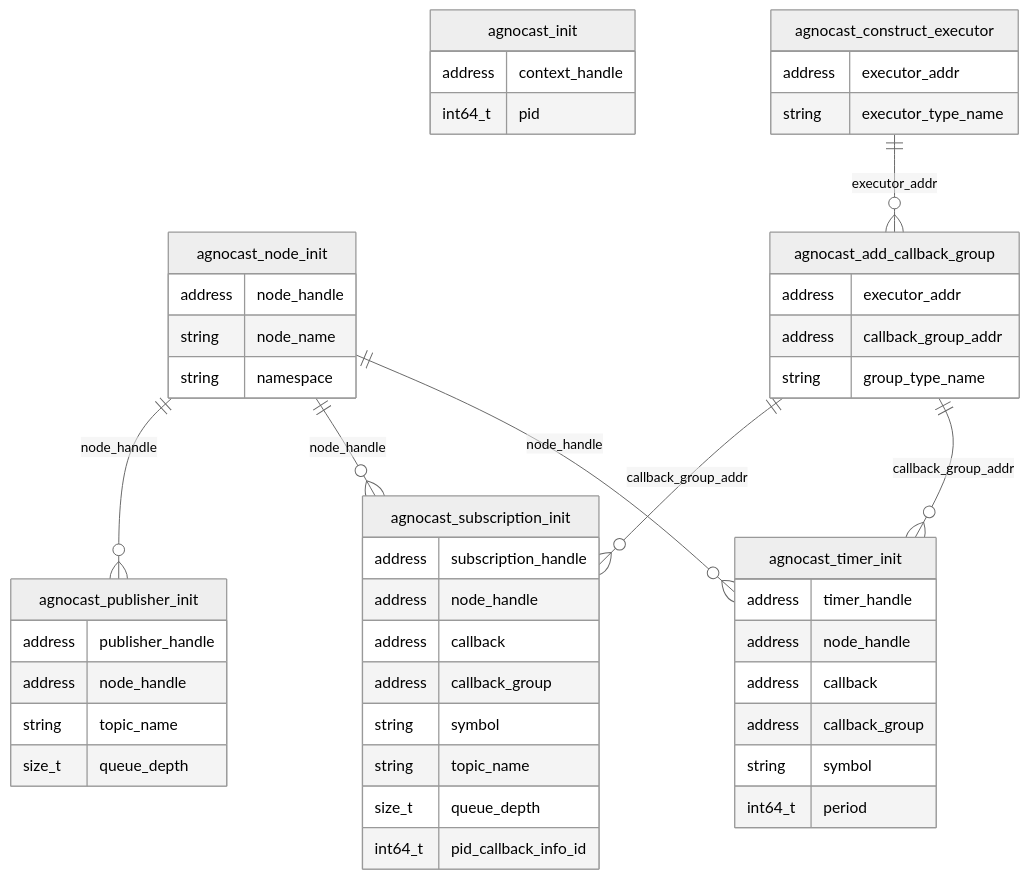
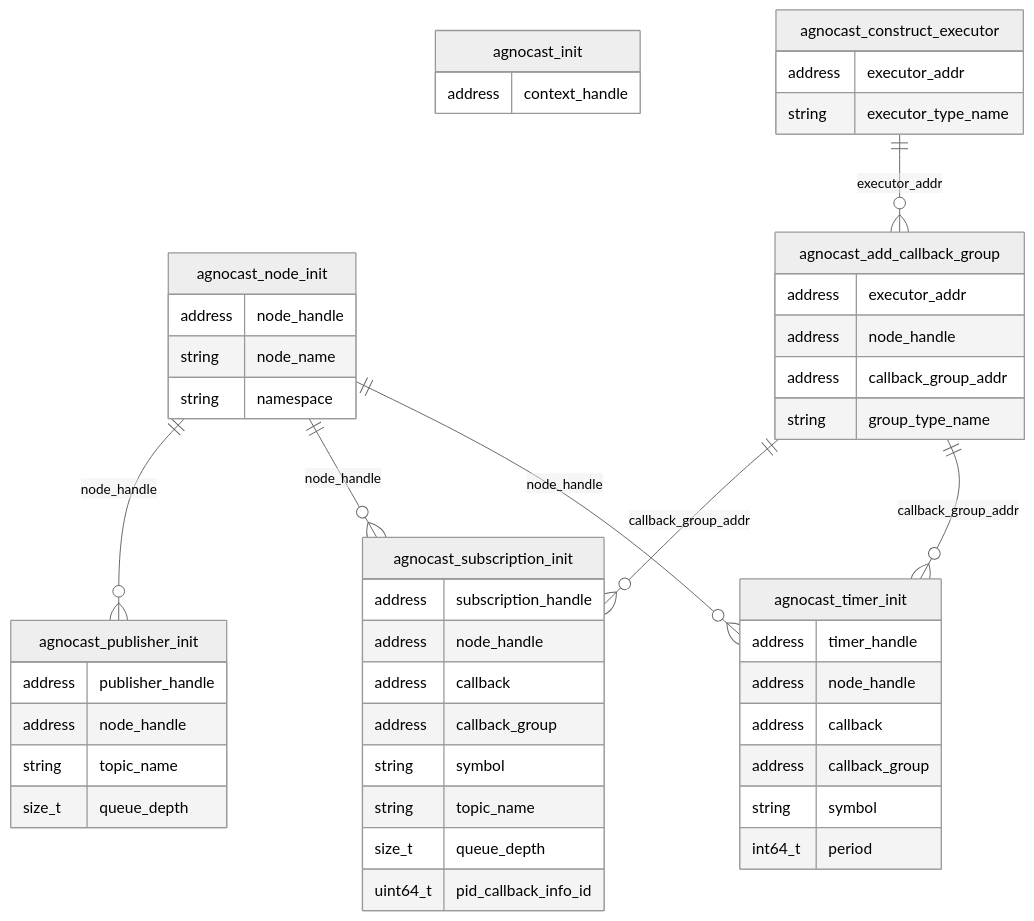
Before and after one commit to tier4/caret_doc: the diagram in docs/design/trace_points/agnocast_initialization_tracepoints.md, drawn with Mermaid (neutral theme). The commit also changed other lines of this file and 2 other files, not shown here.

````diff
--- a/docs/design/trace_points/agnocast_initialization_tracepoints.md
+++ b/docs/design/trace_points/agnocast_initialization_tracepoints.md
@@ -9,58 +9,58 @@
 ```mermaid
 erDiagram
   agnocast_init {
     address context_handle
-    int64_t pid
   }
 
   agnocast_node_init {
     address node_handle
     string node_name
     string namespace
   }
 
   agnocast_publisher_init {
     address publisher_handle
     address node_handle
     string topic_name
     size_t queue_depth
   }
 
   agnocast_subscription_init {
     address subscription_handle
     address node_handle
     address callback
     address callback_group
     string symbol
     string topic_name
     size_t queue_depth
-    int64_t pid_callback_info_id
+    uint64_t pid_callback_info_id
   }
 
   agnocast_timer_init {
     address timer_handle
     address node_handle
     address callback
     address callback_group
     string symbol
     int64_t period
   }
 
   agnocast_add_callback_group {
     address executor_addr
+    address node_handle
     address callback_group_addr
     string group_type_name
   }
 
   agnocast_construct_executor {
     address executor_addr
     string executor_type_name
   }
 
   agnocast_node_init ||--o{ agnocast_publisher_init : node_handle
   agnocast_node_init ||--o{ agnocast_subscription_init : node_handle
   agnocast_node_init ||--o{ agnocast_timer_init : node_handle
   agnocast_construct_executor ||--o{ agnocast_add_callback_group : executor_addr
   agnocast_add_callback_group ||--o{ agnocast_subscription_init : callback_group_addr
   agnocast_add_callback_group ||--o{ agnocast_timer_init : callback_group_addr
 ```
````
